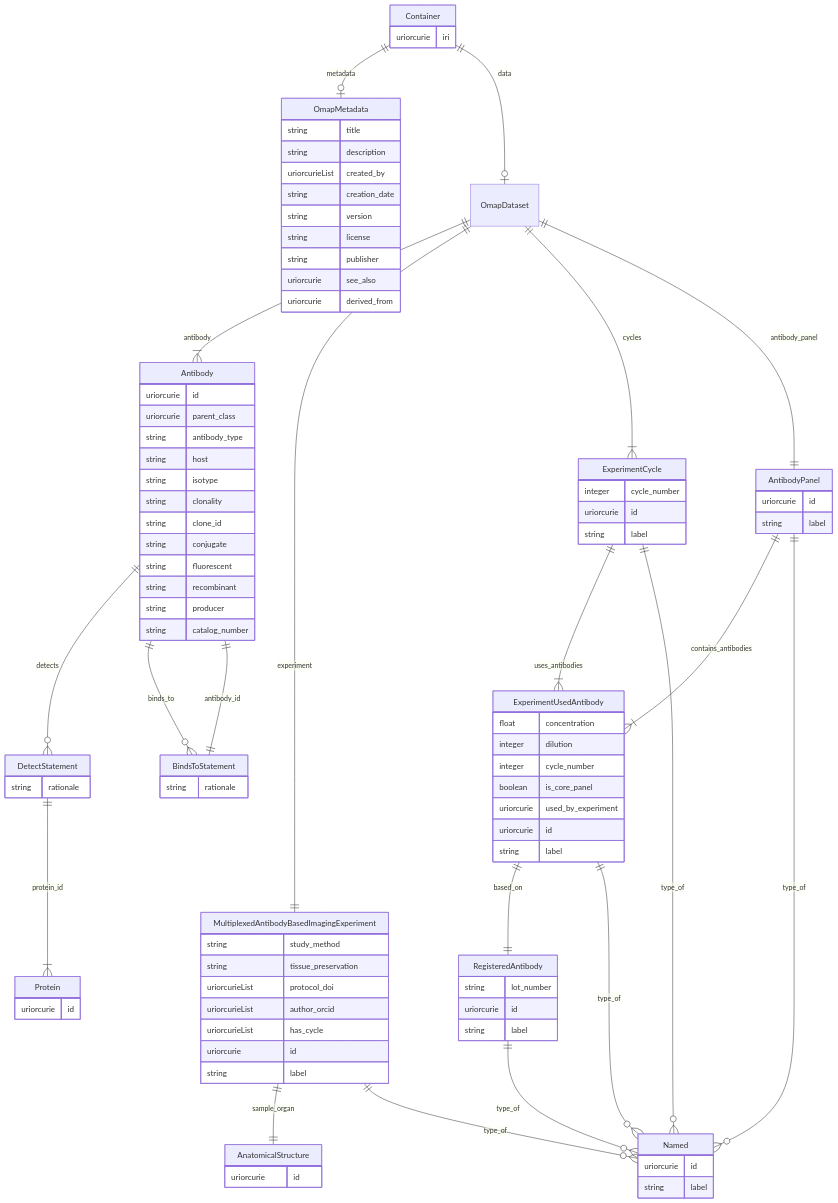
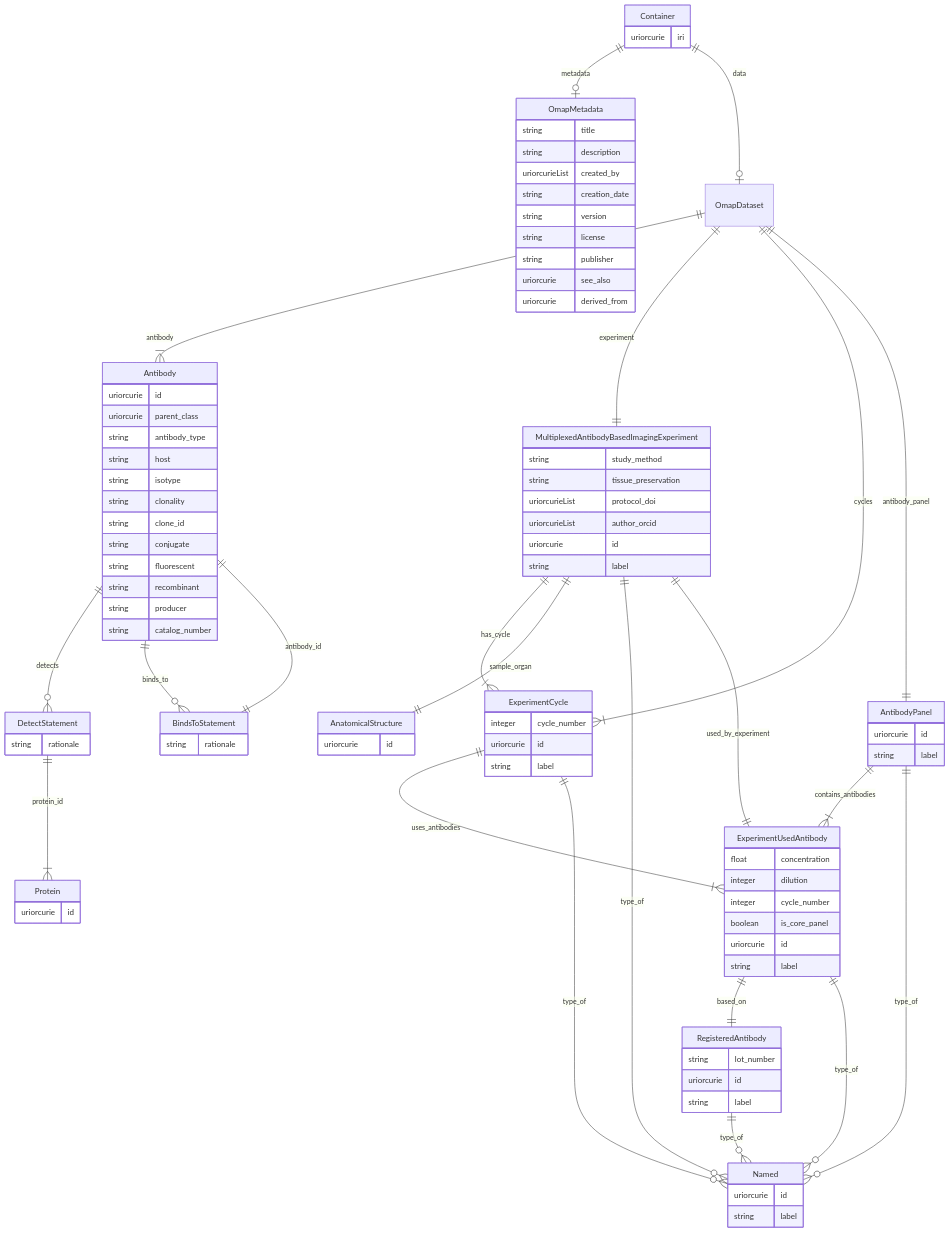
Before and after one commit to hubmapconsortium/hra-do-processor: diagram 13 of 18 in er-diagrams.md, drawn with Mermaid. The commit also changed other lines of this file and 12 other files, not shown here.

```diff
--- a/er-diagrams.md
+++ b/er-diagrams.md
@@ -851,7 +899,6 @@
     integer dilution  
     integer cycle_number  
     boolean is_core_panel  
-    uriorcurie used_by_experiment  
     uriorcurie id  
     string label  
 }
@@ -860,22 +907,21 @@
     uriorcurie id  
     string label  
 }
-ExperimentCycle {
-    integer cycle_number  
-    uriorcurie id  
-    string label  
-}
 MultiplexedAntibodyBasedImagingExperiment {
     string study_method  
     string tissue_preservation  
     uriorcurieList protocol_doi  
     uriorcurieList author_orcid  
-    uriorcurieList has_cycle  
     uriorcurie id  
     string label  
 }
 AnatomicalStructure {
     uriorcurie id  
+}
+ExperimentCycle {
+    integer cycle_number  
+    uriorcurie id  
+    string label  
 }
 Antibody {
     uriorcurie id  
@@ -920,13 +966,15 @@
 OmapDataset ||--|| AntibodyPanel : "antibody_panel"
 AntibodyPanel ||--}| ExperimentUsedAntibody : "contains_antibodies"
 AntibodyPanel ||--}o Named : "type_of"
+ExperimentUsedAntibody ||--|| MultiplexedAntibodyBasedImagingExperiment : "used_by_experiment"
 ExperimentUsedAntibody ||--|| RegisteredAntibody : "based_on"
 ExperimentUsedAntibody ||--}o Named : "type_of"
 RegisteredAntibody ||--}o Named : "type_of"
+MultiplexedAntibodyBasedImagingExperiment ||--}| ExperimentCycle : "has_cycle"
+MultiplexedAntibodyBasedImagingExperiment ||--|| AnatomicalStructure : "sample_organ"
+MultiplexedAntibodyBasedImagingExperiment ||--}o Named : "type_of"
 ExperimentCycle ||--}| ExperimentUsedAntibody : "uses_antibodies"
 ExperimentCycle ||--}o Named : "type_of"
-MultiplexedAntibodyBasedImagingExperiment ||--|| AnatomicalStructure : "sample_organ"
-MultiplexedAntibodyBasedImagingExperiment ||--}o Named : "type_of"
 Antibody ||--}o DetectStatement : "detects"
 Antibody ||--}o BindsToStatement : "binds_to"
 BindsToStatement ||--|| Antibody : "antibody_id"
```
